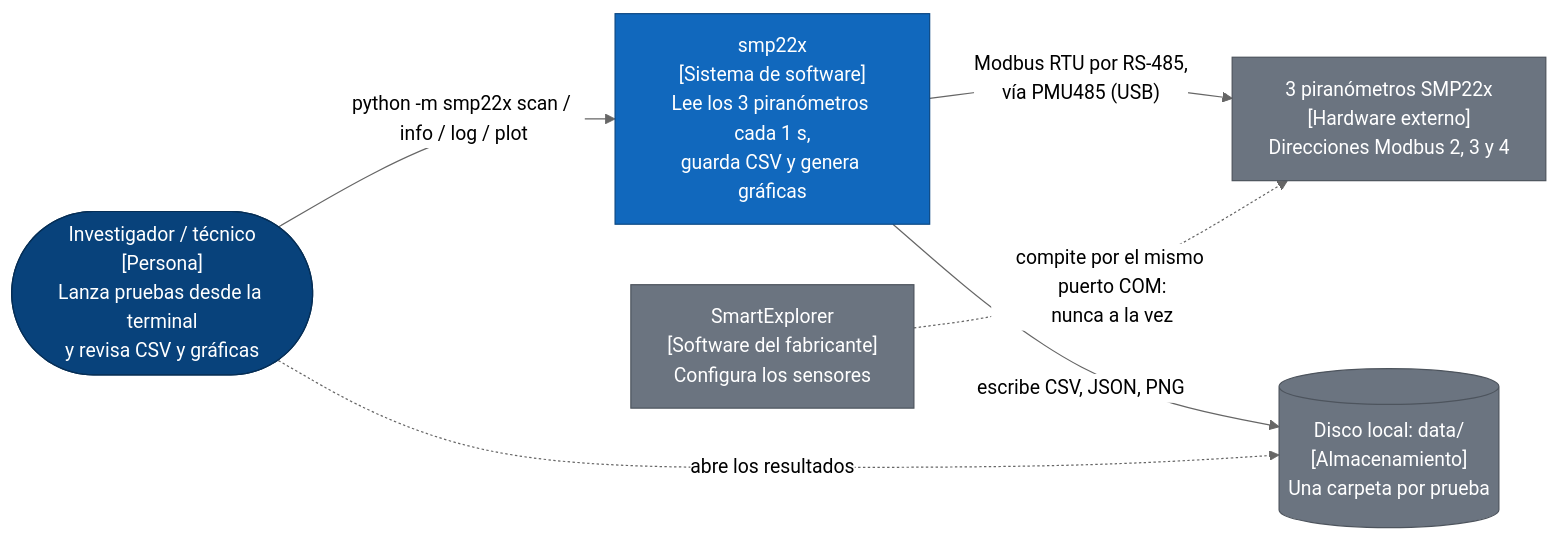
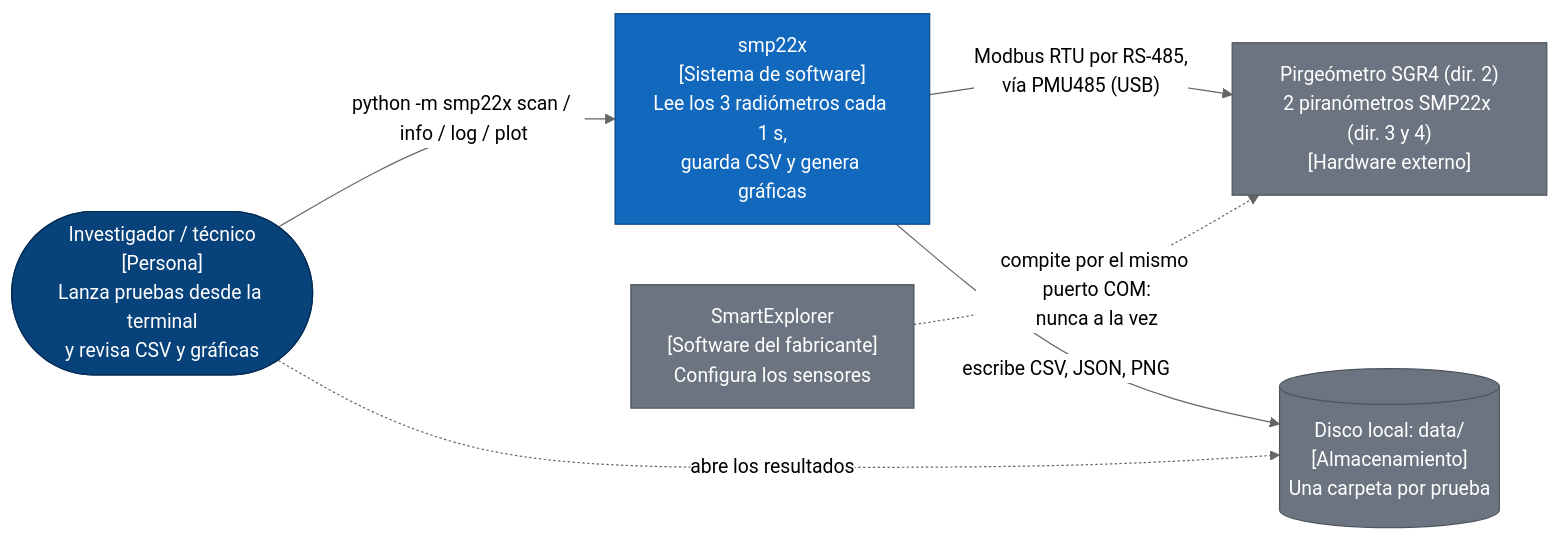
Before and after one commit to RodrigoAlexander7/solys2-automatization: the first of 4 diagrams in docs/arquitectura-c4.md, drawn with Mermaid (neutral theme). The commit also changed other lines of this file and 11 other files, not shown here.

````diff
--- a/docs/arquitectura-c4.md
+++ b/docs/arquitectura-c4.md
@@ -38,21 +41,21 @@
 ```mermaid
 flowchart LR
   tech(["Investigador / técnico<br/>[Persona]<br/>Lanza pruebas desde la terminal<br/>y revisa CSV y gráficas"])
-  app["smp22x<br/>[Sistema de software]<br/>Lee los 3 piranómetros cada 1 s,<br/>guarda CSV y genera gráficas"]
-  smp["3 piranómetros SMP22x<br/>[Hardware externo]<br/>Direcciones Modbus 2, 3 y 4"]
+  app["smp22x<br/>[Sistema de software]<br/>Lee los 3 radiómetros cada 1 s,<br/>guarda CSV y genera gráficas"]
+  smp["Pirgeómetro SGR4 (dir. 2)<br/>2 piranómetros SMP22x (dir. 3 y 4)<br/>[Hardware externo]"]
   fs[("Disco local: data/<br/>[Almacenamiento]<br/>Una carpeta por prueba")]
   se["SmartExplorer<br/>[Software del fabricante]<br/>Configura los sensores"]
 
   tech -->|"python -m smp22x scan / info / log / plot"| app
   app -->|"Modbus RTU por RS-485,<br/>vía PMU485 (USB)"| smp
   app -->|"escribe CSV, JSON, PNG"| fs
   tech -.->|"abre los resultados"| fs
   se -.->|"compite por el mismo puerto COM:<br/>nunca a la vez"| smp
 
   classDef person fill:#08427b,stroke:#052e56,color:#ffffff
   classDef system fill:#1168bd,stroke:#0b4884,color:#ffffff
   classDef ext fill:#6b7480,stroke:#4d545d,color:#ffffff
   class tech person
   class app system
   class smp,se,fs ext
 ```
````
